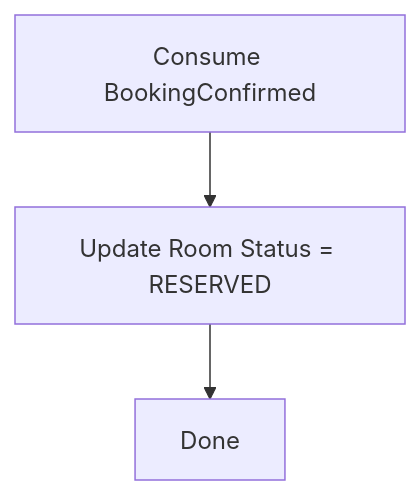
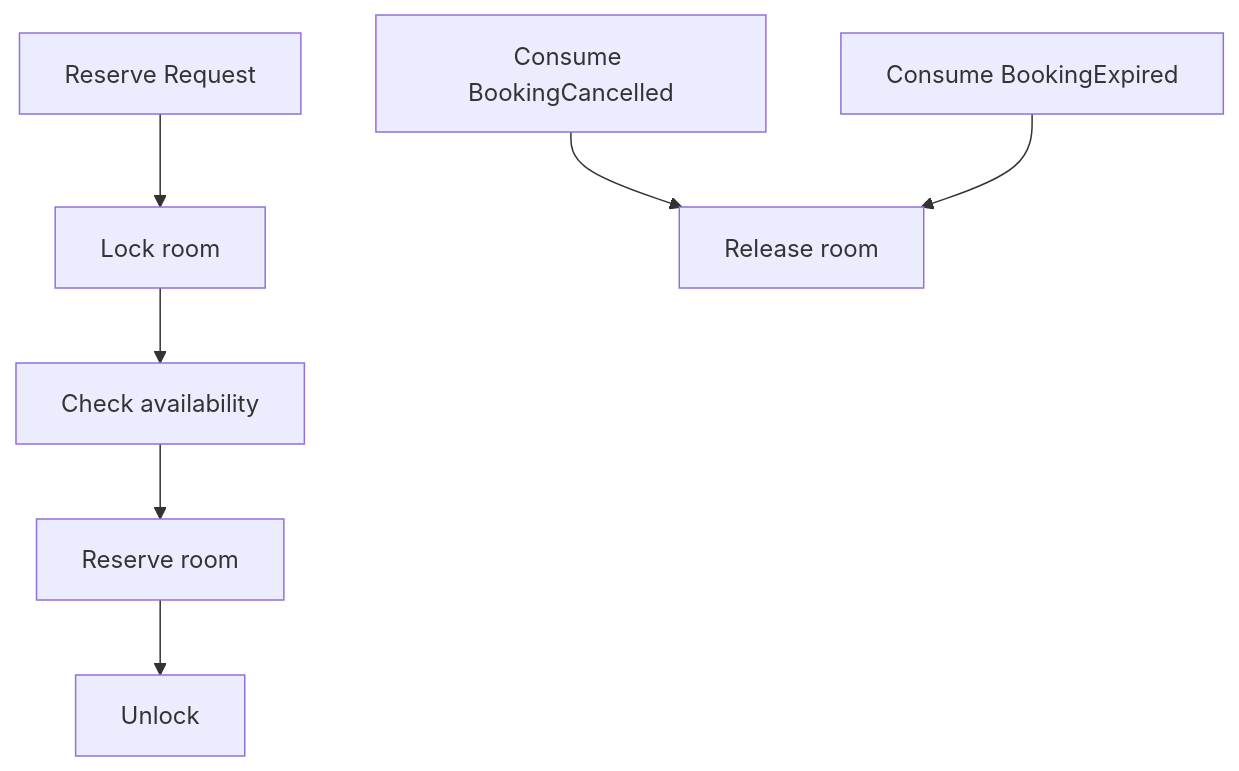
Before and after one commit to bangit14/WebBanHang-Project: the fifth of 6 diagrams in analysis-and-design-ddd.md, drawn with Mermaid. The commit also changed other lines of this file, not shown here.

````diff
--- a/analysis-and-design-ddd.md
+++ b/analysis-and-design-ddd.md
@@ -208,5 +223,10 @@
 ```mermaid
 flowchart TD
-    A[Consume BookingConfirmed] --> B[Update Room Status = RESERVED]
-    B --> C[Done]
+    A[Reserve Request] --> B[Lock room]
+    B --> C[Check availability]
+    C --> D[Reserve room]
+    D --> E[Unlock]
+
+    F[Consume BookingCancelled] --> G[Release room]
+    H[Consume BookingExpired] --> G
 ```
````
